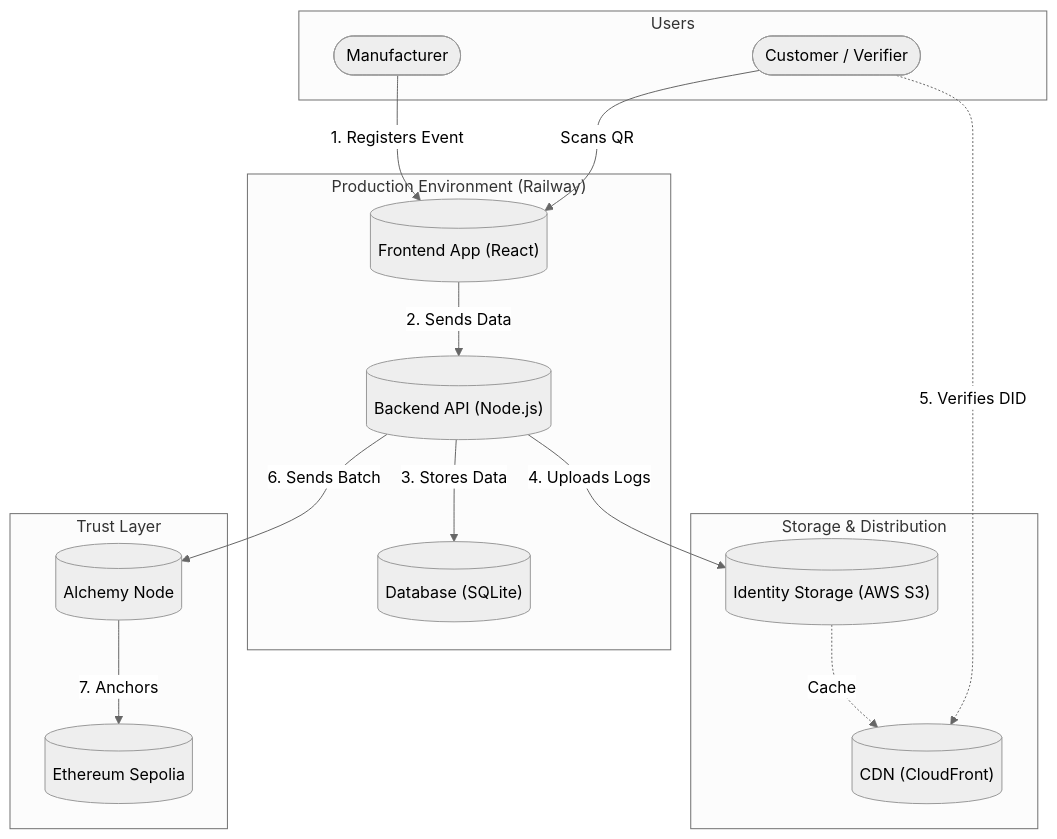
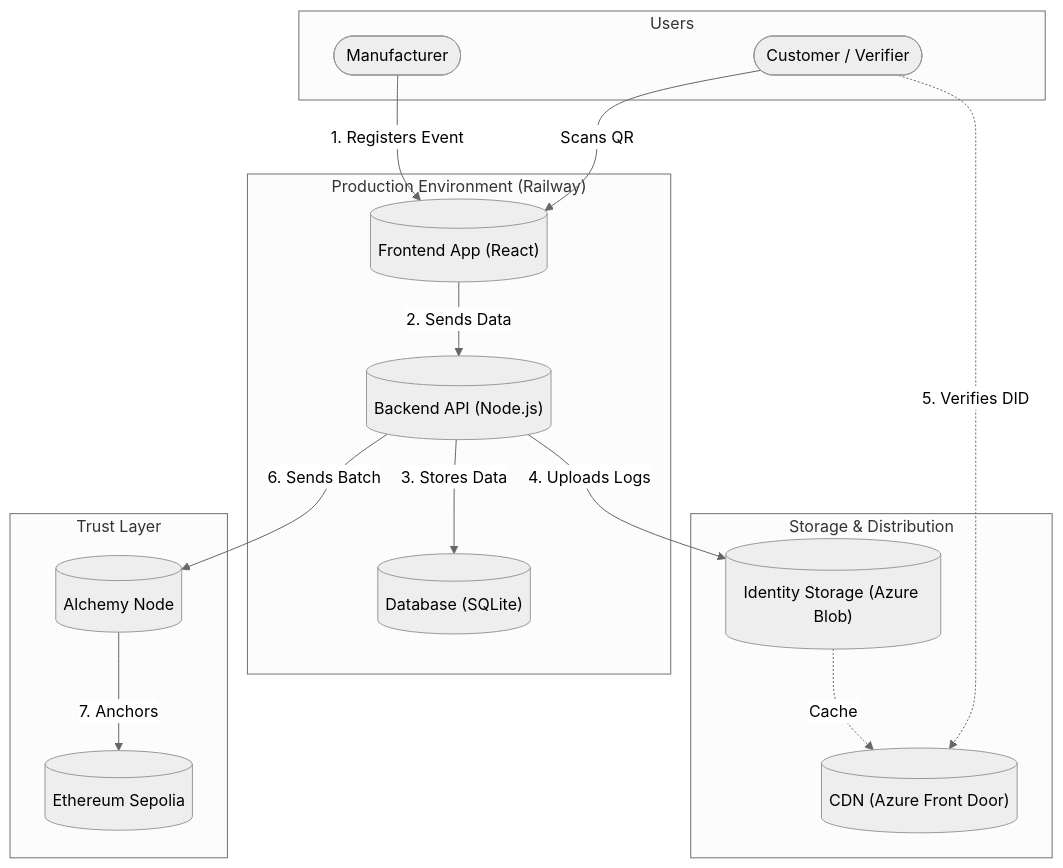
Before and after one commit to Thijmeeee/Enabling-trust-with-DLT-technologies: the diagram in production/PRODUCTION_PLAN.md, drawn with Mermaid (neutral theme). The commit also changed other lines of this file, not shown here.

````diff
--- a/production/PRODUCTION_PLAN.md
+++ b/production/PRODUCTION_PLAN.md
@@ -29,41 +29,41 @@
 ```mermaid
 graph TD
     %% --- User Layer ---
     subgraph Users ["Users"]
         Manufacturer([Manufacturer])
         Verifier([Customer / Verifier])
     end
 
     %% --- Production Layer ---
     subgraph Production ["Production Environment (Railway)"]
         ReactSPA[("Frontend App (React)")]
         NodeAPI[("Backend API (Node.js)")]
         SQLite[("Database (SQLite)")]
     end
 
     %% --- Storage Layer ---
     subgraph Storage ["Storage & Distribution"]
-        BlobStorage[("Identity Storage (AWS S3)")]
-        CDN[("CDN (CloudFront)")]
+        BlobStorage[("Identity Storage (Azure Blob)")]
+        CDN[("CDN (Azure Front Door)")]
     end
 
     %% --- Trust Layer ---
     subgraph Blockchain ["Trust Layer"]
         Alchemy[("Alchemy Node")]
         Sepolia[("Ethereum Sepolia")]
     end
 
     %% --- Relations ---
     Manufacturer -->|1. Registers Event| ReactSPA
     Verifier -->|Scans QR| ReactSPA
 
     ReactSPA -->|2. Sends Data| NodeAPI
     NodeAPI -->|3. Stores Data| SQLite
     
     NodeAPI -->|4. Uploads Logs| BlobStorage
     BlobStorage -.->|Cache| CDN
     Verifier -.->|5. Verifies DID| CDN
 
     NodeAPI -->|6. Sends Batch| Alchemy
     Alchemy -->|7. Anchors| Sepolia
 ```
````
